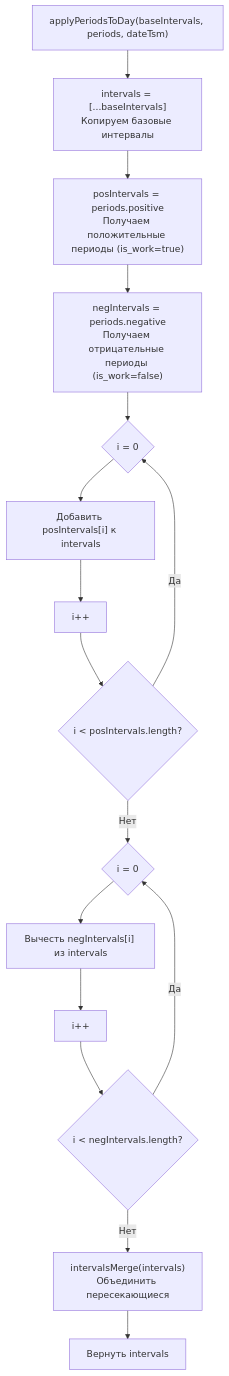
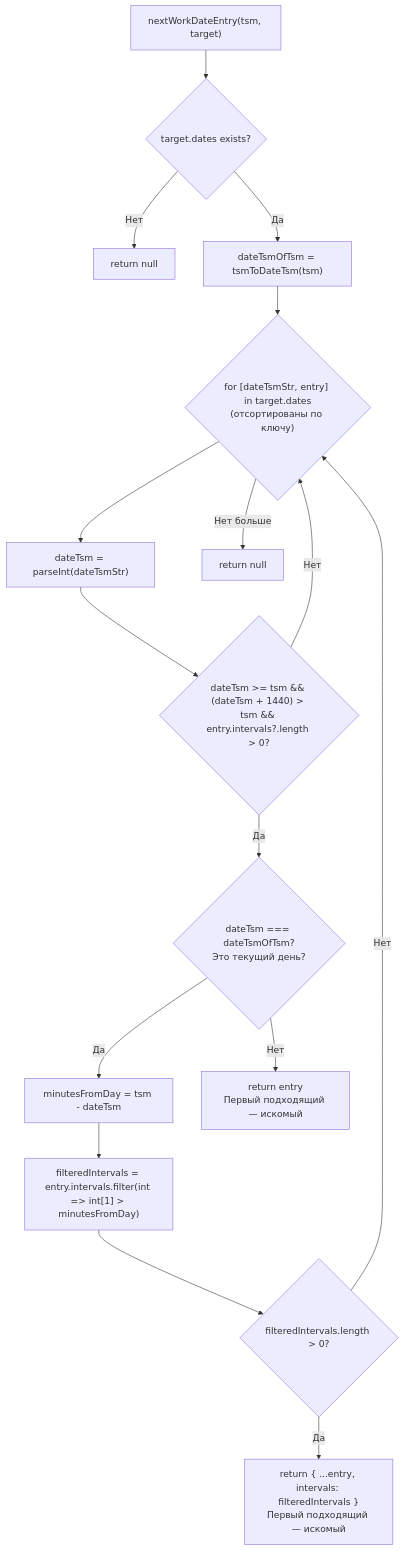
One commit to spo0okie/arms_inventory changed diagram 12 of 15 in modules/schedules/plans/compile.md. Above: the diagram before and after it, drawn with Mermaid. The commit also changed other lines of this file and 2 other files, not shown here.

````diff
--- a/modules/schedules/plans/compile.md
+++ b/modules/schedules/plans/compile.md
@@ -387,18 +715,18 @@
 ```mermaid
 flowchart TD
-    A["applyPeriodsToDay(baseIntervals, periods, dateTsm)"] --> B["intervals = [...baseIntervals]<br>Копируем базовые интервалы"]
-    B --> C["posIntervals = periods.positive<br>Получаем положительные периоды (is_work=true)"]
-    C --> D["negIntervals = periods.negative<br>Получаем отрицательные периоды (is_work=false)"]
-    D --> E{i = 0}
-    E --> F["Добавить posIntervals[i] к intervals"]
-    F --> G["i++"]
-    G --> H{"i < posIntervals.length?"}
-    H -->|Да| E
-    H -->|Нет| J{i = 0}
-    J --> K["Вычесть negIntervals[i] из intervals"]
-    K --> L["i++"]
-    L --> M{"i < negIntervals.length?"}
-    M -->|Да| J
-    M -->|Нет| N["intervalsMerge(intervals)<br>Объединить пересекающиеся"]
-    N --> O["Вернуть intervals"]
+    A["nextWorkDateEntry(tsm, target)"] --> B{"target.dates exists?"}
+    B -->|Нет| C["return null"]
+    B -->|Да| D["dateTsmOfTsm = tsmToDateTsm(tsm)"]
+    D --> E{"for [dateTsmStr, entry] in target.dates<br/>(отсортированы по ключу)"}
+    E --> F["dateTsm = parseInt(dateTsmStr)"]
+    F --> G{"dateTsm >= tsm && (dateTsm + 1440) > tsm && entry.intervals?.length > 0?"}
+    G -->|Нет| E
+    G -->|Да| H{"dateTsm === dateTsmOfTsm?<br/>Это текущий день?"}
+    H -->|Да| I["minutesFromDay = tsm - dateTsm"]
+    I --> J["filteredIntervals = entry.intervals.filter(int => int[1] > minutesFromDay)"]
+    J --> K{"filteredIntervals.length > 0?"}
+    K -->|Нет| E
+    K -->|Да| L["return { ...entry, intervals: filteredIntervals }<br/>Первый подходящий — искомый"]
+    H -->|Нет| M["return entry<br/>Первый подходящий — искомый"]
+    E -->|Нет больше| N["return null"]
 ```
````
